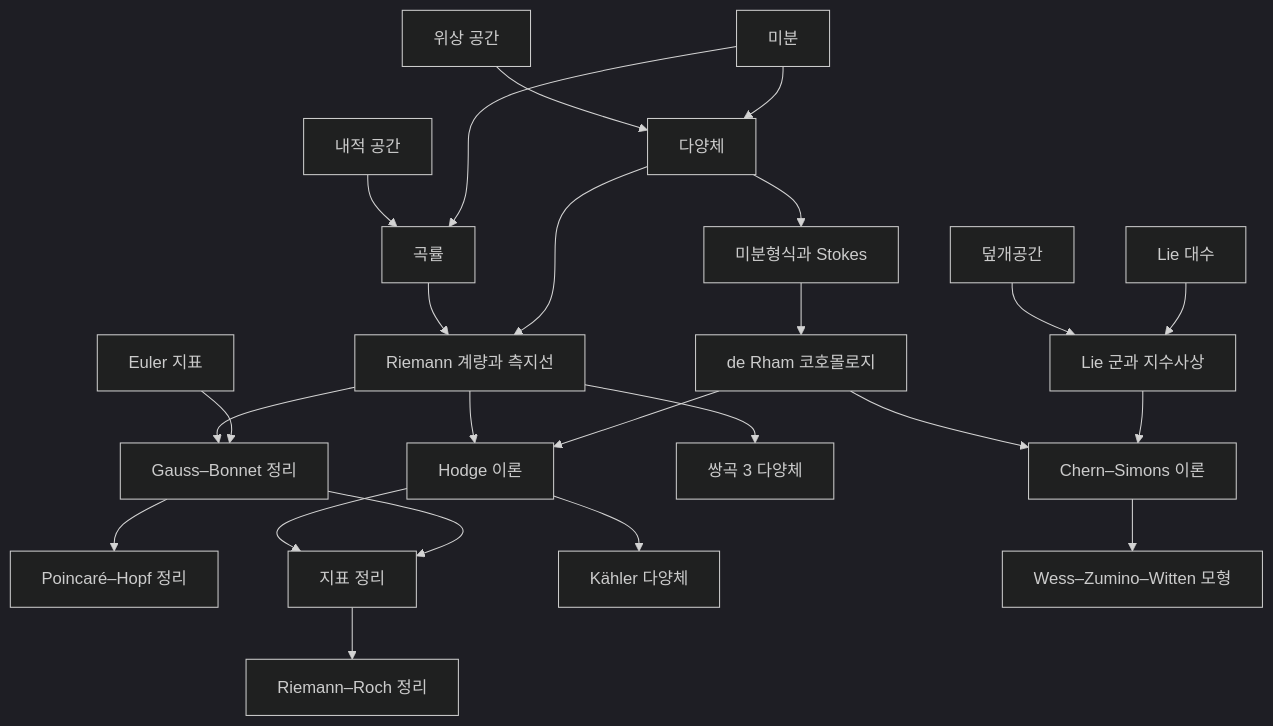
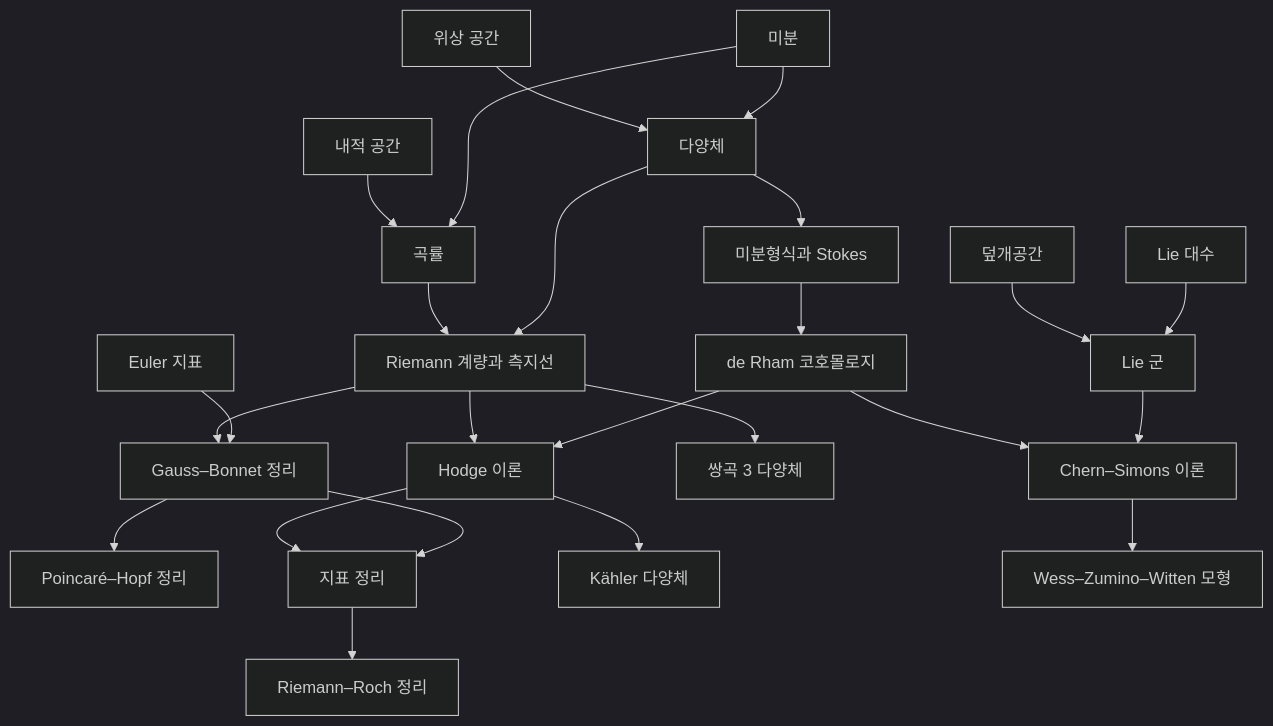
Before and after one commit to Phryxia/math-map: the diagram in docs/differential-geometry-overview.md, drawn with Mermaid (dark theme). The commit also changed other lines of this file and 33 other files, not shown here.

````diff
--- a/docs/differential-geometry-overview.md
+++ b/docs/differential-geometry-overview.md
@@ -13,26 +13,26 @@
 ```mermaid
 graph TD
   DV["미분"] --> MF["다양체"]
   TP["위상 공간"] --> MF
   DV --> CV["곡률"]
   IP["내적 공간"] --> CV
   MF --> DF["미분형식과 Stokes"]
   MF --> RM["Riemann 계량과 측지선"]
   CV --> RM
   DF --> DR["de Rham 코호몰로지"]
   DR --> HT["Hodge 이론"]
   RM --> HT
   EC["Euler 지표"] --> GB["Gauss–Bonnet 정리"]
   RM --> GB
   GB --> PH["Poincaré–Hopf 정리"]
   GB --> IX["지표 정리"]
   HT --> IX
   HT --> KM["Kähler 다양체"]
   IX --> RR["Riemann–Roch 정리"]
   RM --> H3["쌍곡 3 다양체"]
-  LA["Lie 대수"] --> LG["Lie 군과 지수사상"]
+  LA["Lie 대수"] --> LG["Lie 군"]
   CS2["덮개공간"] --> LG
   LG --> CS["Chern–Simons 이론"]
   DR --> CS
   CS --> WZ["Wess–Zumino–Witten 모형"]
 ```
````
